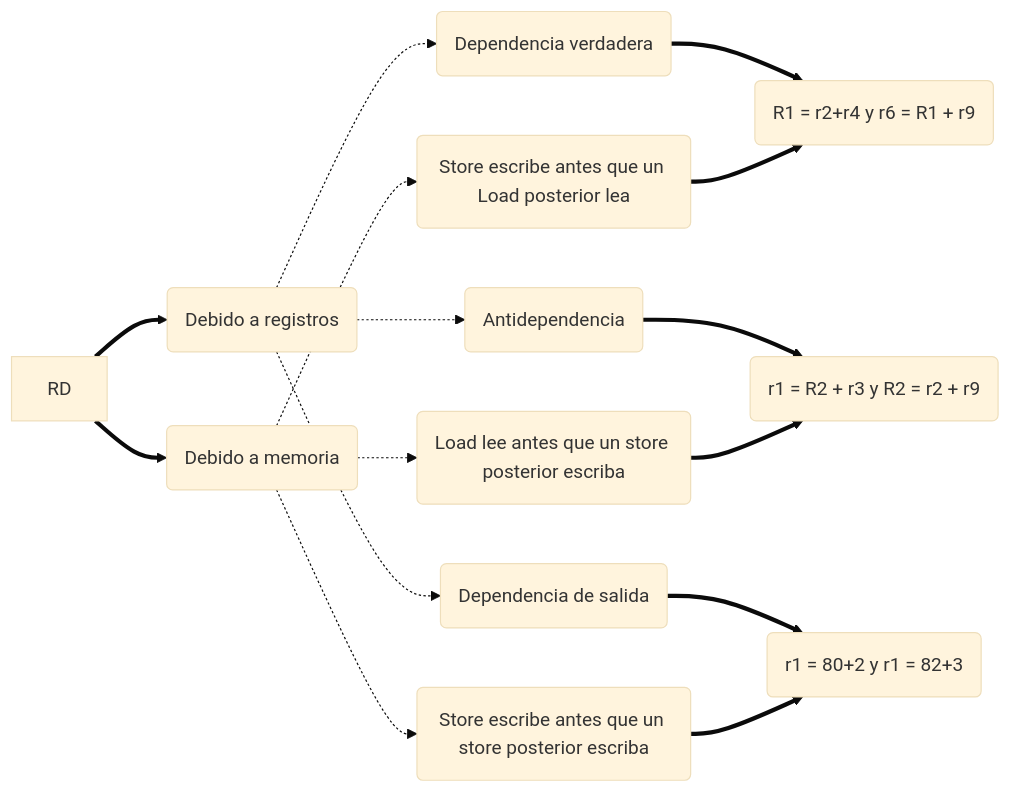
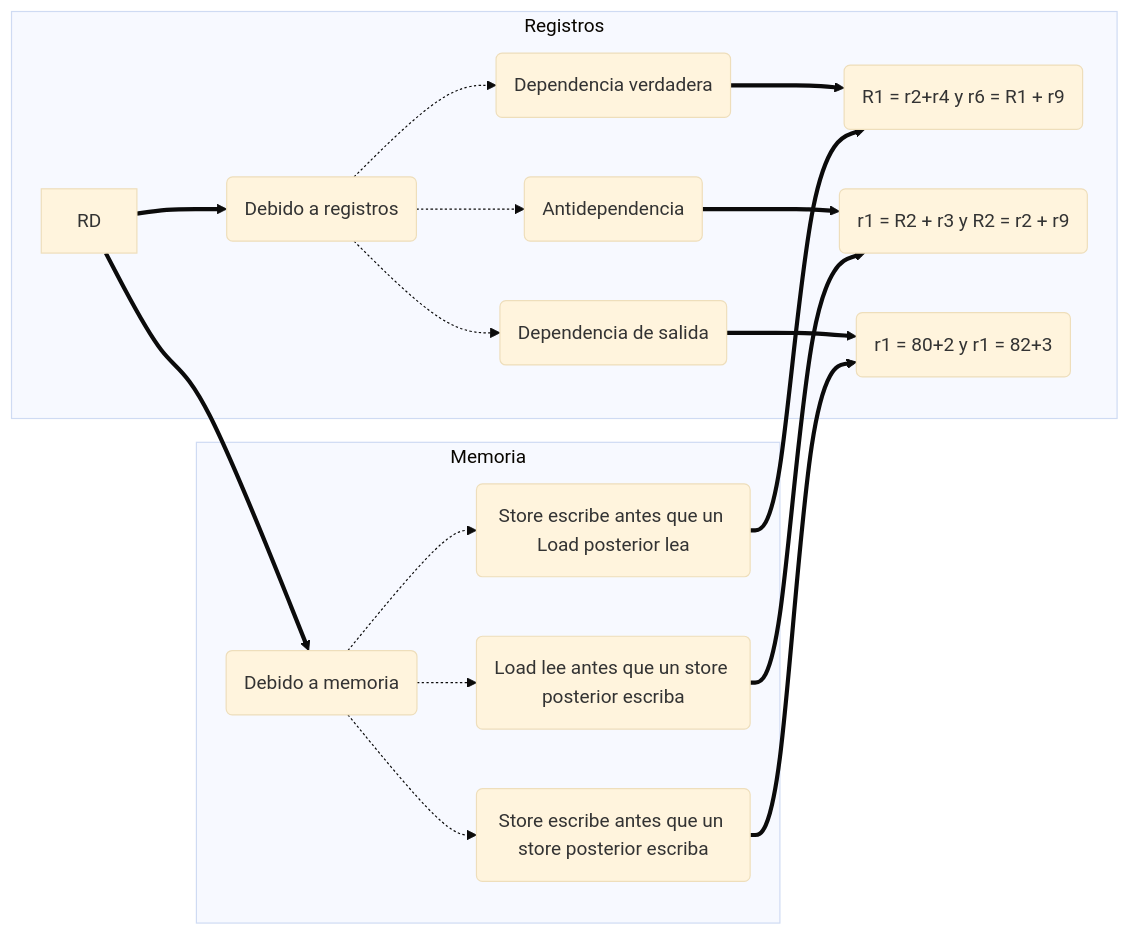
One commit to MisterBigThor/FIB_Q8 changed the second of 2 diagrams in AC2/TEO/Tema 3 AC2.md. Above: the diagram before and after it, drawn with Mermaid (base theme). The commit also changed other lines of this file and 2 other files, not shown here.

`````diff
--- a/AC2/TEO/Tema 3 AC2.md
+++ b/AC2/TEO/Tema 3 AC2.md
@@ -154,12 +154,15 @@
 ````mermaid
 graph LR;
+subgraph Registros
 a ==> C(Debido a registros)
 C -.-> f(Dependencia verdadera) ==> s("R1 = r2+r4 y r6 = R1 + r9")
 C -.-> e(Antidependencia) ==> u("r1 = R2 + r3 y R2 = r2 + r9")
 C -.-> r(Dependencia de salida) ==>b("r1 = 80+2 y r1 = 82+3")
+end
+subgraph Memoria
 a[RD] ==> B(Debido a memoria)
 B -.-> y(Load lee antes que un store posterior escriba)==>u
 B -.-> x(Store escribe antes que un store posterior escriba)==>b
 B -.-> v(Store escribe antes que un Load posterior lea) ==>s
-
+end
 ````
`````
